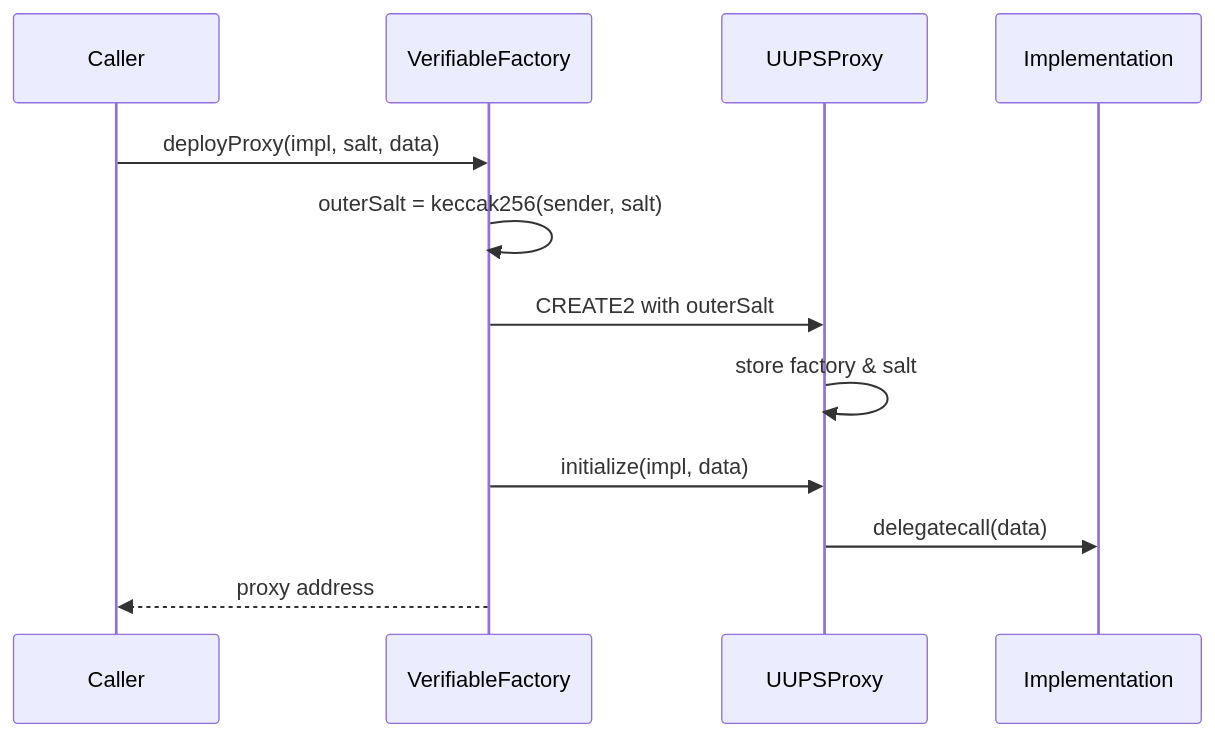
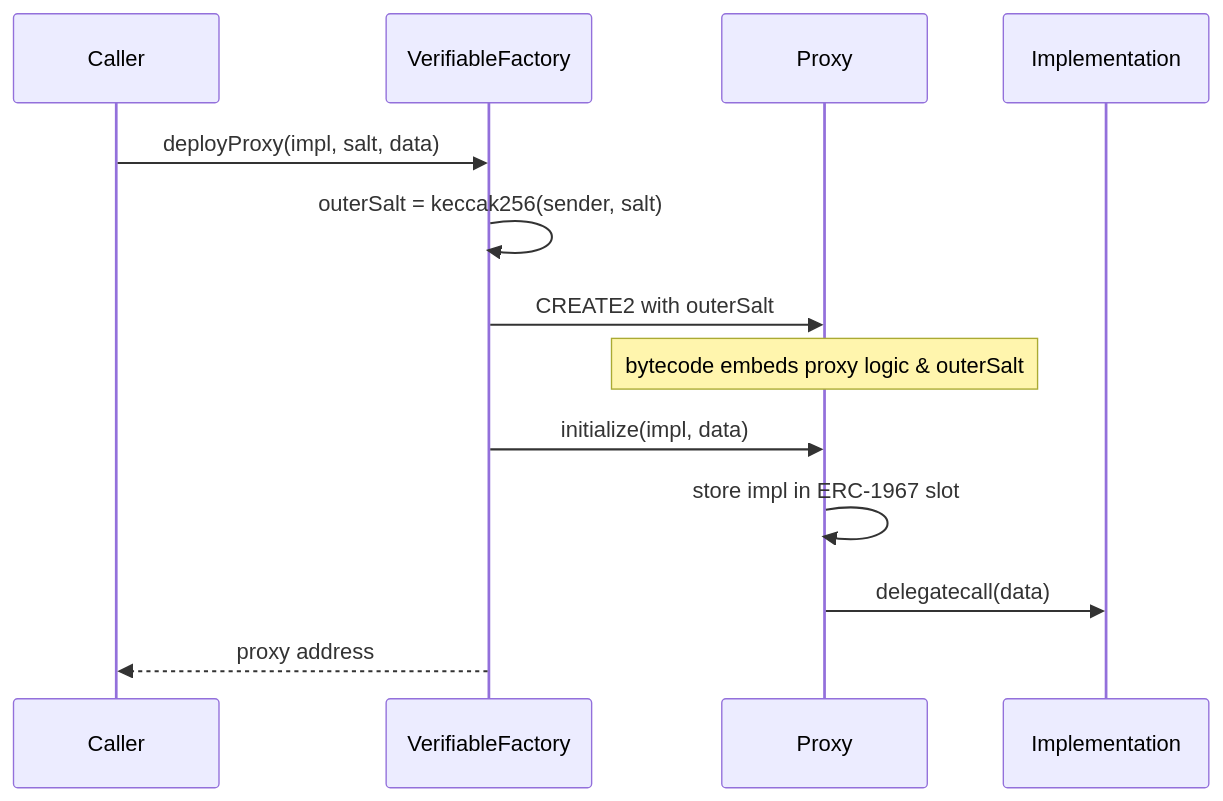
One commit to ensdomains/docs changed the diagram in src/pages/ensv2/verifiable-factory.mdx. Above: the diagram before and after it, drawn with Mermaid. The commit also changed other lines of this file, not shown here.

Commit message:
Rewrite Verifiable Factory page for the clone-based proxy design

````diff
--- a/src/pages/ensv2/verifiable-factory.mdx
+++ b/src/pages/ensv2/verifiable-factory.mdx
@@ -40,15 +46,16 @@
 ```mermaid
 sequenceDiagram
     participant Caller
     participant Factory as VerifiableFactory
-    participant Proxy as UUPSProxy
+    participant Proxy
     participant Impl as Implementation
 
     Caller->>Factory: deployProxy(impl, salt, data)
     Factory->>Factory: outerSalt = keccak256(sender, salt)
     Factory->>Proxy: CREATE2 with outerSalt
-    Proxy->>Proxy: store factory & salt
+    Note over Proxy: bytecode embeds proxy logic & outerSalt
     Factory->>Proxy: initialize(impl, data)
+    Proxy->>Proxy: store impl in ERC-1967 slot
     Proxy->>Impl: delegatecall(data)
     Factory-->>Caller: proxy address
 ```
````
